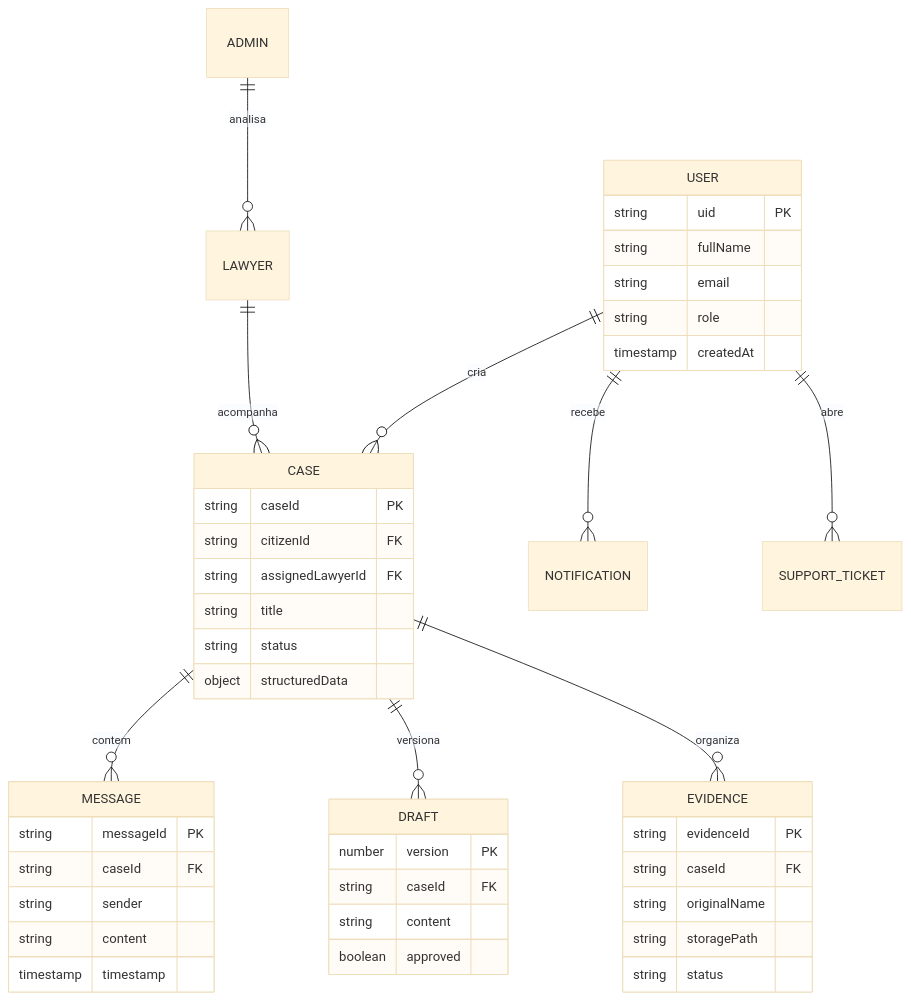
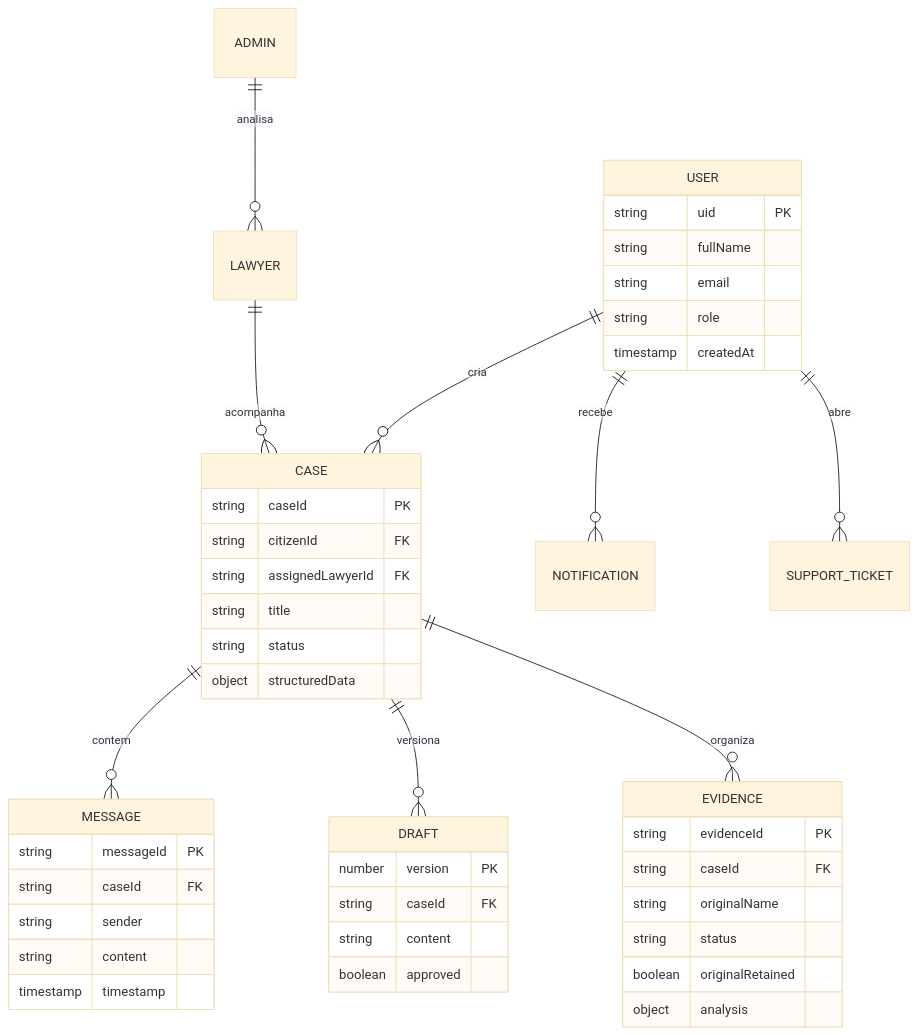
One commit to giulia05tomaz/Jusfacil changed the diagram in README.md. Above: the diagram before and after it, drawn with Mermaid (base theme). The commit also changed other lines of this file and 96 other files, not shown here.

````diff
--- a/README.md
+++ b/README.md
@@ -154,47 +117,48 @@
 ```mermaid
 erDiagram
     USER ||--o{ CASE : cria
     USER ||--o{ NOTIFICATION : recebe
     USER ||--o{ SUPPORT_TICKET : abre
     LAWYER ||--o{ CASE : acompanha
     CASE ||--o{ MESSAGE : contem
     CASE ||--o{ DRAFT : versiona
     CASE ||--o{ EVIDENCE : organiza
     ADMIN ||--o{ LAWYER : analisa
 
     USER {
       string uid PK
       string fullName
       string email
       string role
       timestamp createdAt
     }
     CASE {
       string caseId PK
       string citizenId FK
       string assignedLawyerId FK
       string title
       string status
       object structuredData
     }
     MESSAGE {
       string messageId PK
       string caseId FK
       string sender
       string content
       timestamp timestamp
     }
     DRAFT {
       number version PK
       string caseId FK
       string content
       boolean approved
     }
     EVIDENCE {
       string evidenceId PK
       string caseId FK
       string originalName
-      string storagePath
       string status
+      boolean originalRetained
+      object analysis
     }
 ```
````
